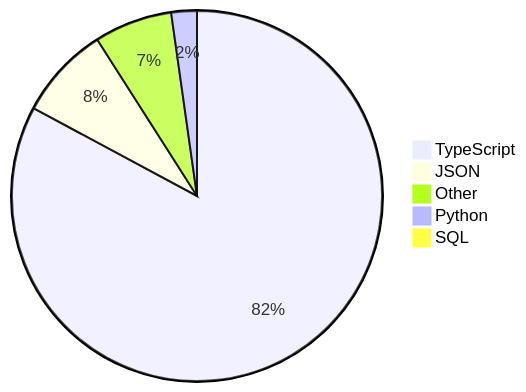
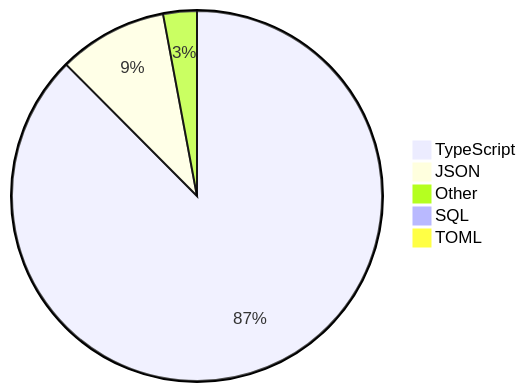
Before and after one commit to skvggor/skvggor: the diagram in README.md, drawn with Mermaid.

Commit message:
Updated waka-readme graph with new metrics

````diff
--- a/README.md
+++ b/README.md
@@ -28,8 +28,8 @@
 ```mermaid
 pie
-    "TypeScript" : 81.6
-    "JSON" : 8.0
-    "Other" : 6.7
-    "Python" : 2.2
+    "TypeScript" : 86.4
+    "JSON" : 9.4
+    "Other" : 2.9
     "SQL" : 0.5
+    "TOML" : 0.3
 ```
````
